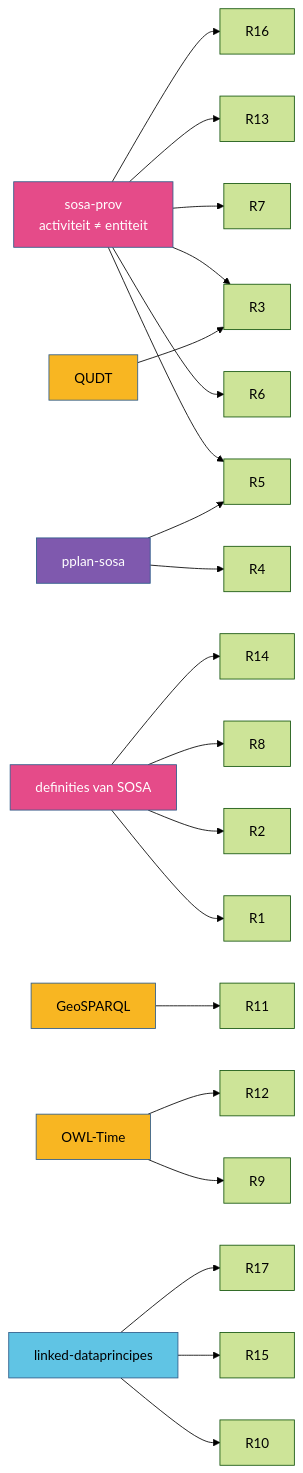
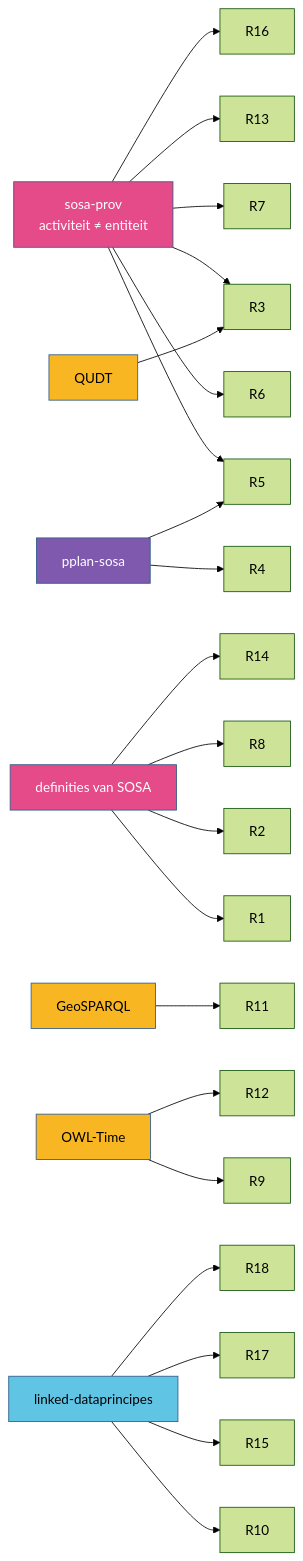
Before and after one commit to Informatievlaanderen/OSLOthema-SSNSOSA-VL: the diagram in docs/regels/index.md, drawn with Mermaid (forest theme). The commit also changed other lines of this file and 10 other files, not shown here.

````diff
--- a/docs/regels/index.md
+++ b/docs/regels/index.md
@@ -33,25 +34,25 @@
 ```mermaid
 flowchart LR
     sp["sosa-prov<br/>activiteit ≠ entiteit"]
     def["definities van SOSA"]
     pp["pplan-sosa"]
     qt["QUDT"]
     gs["GeoSPARQL"]
     ot["OWL-Time"]
     ld["linked-dataprincipes"]
     sp --> R3 & R5 & R6 & R7 & R13 & R16
     def --> R1 & R2 & R8 & R14
     pp --> R4 & R5
     qt --> R3
     gs --> R11
     ot --> R9 & R12
-    ld --> R10 & R15 & R17
+    ld --> R10 & R15 & R17 & R18
 
     style sp fill:#e54b89,stroke:#2E5C8A,color:#fff
     style def fill:#e54b89,stroke:#2E5C8A,color:#fff
     style pp fill:#7f59ae,stroke:#2E5C8A,color:#fff
     style qt fill:#f8b622,stroke:#2E5C8A,color:#000
     style gs fill:#f8b622,stroke:#2E5C8A,color:#000
     style ot fill:#f8b622,stroke:#2E5C8A,color:#000
     style ld fill:#60c4e4,stroke:#2E5C8A,color:#000
 ```
````
